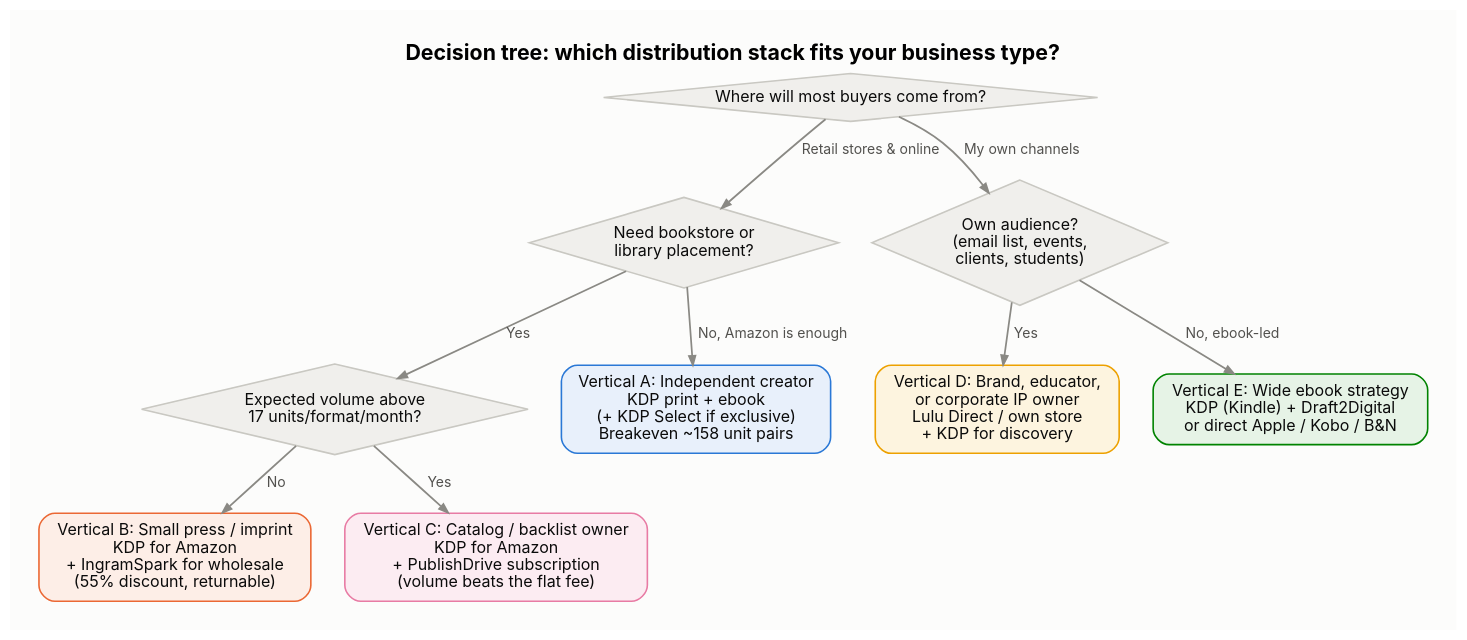
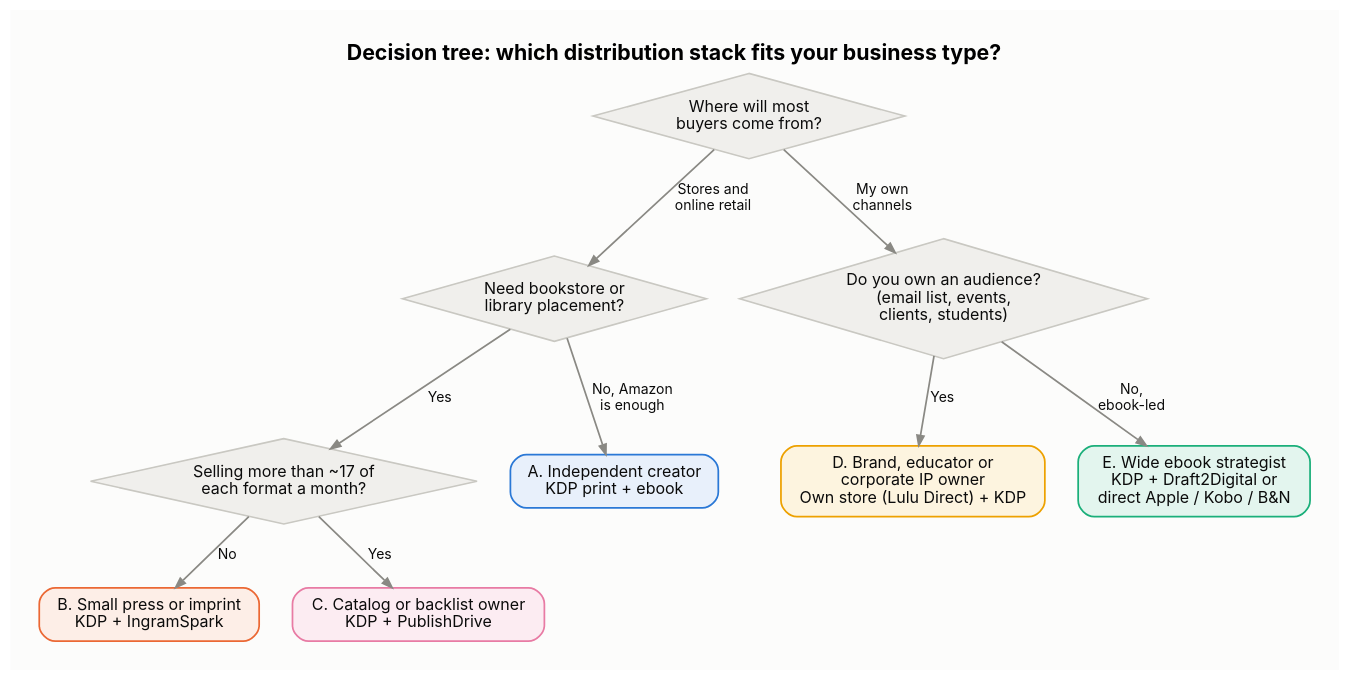
One commit to ShamarRobinson/ip-distribution-decision-verticals changed the diagram in diagrams/d2_vertical_decision_tree.dot. Above: the diagram before and after it, drawn with Graphviz. The commit also changed 125 other files, not shown here.

First line of the commit message:
Plain-language chart notes, condensed slide pages, concepts intro, stakeholder decision walkthroughs, clickable named sources in Tableau

```diff
--- a/diagrams/d2_vertical_decision_tree.dot
+++ b/diagrams/d2_vertical_decision_tree.dot
@@ -1,23 +1,37 @@
-digraph G { rankdir=TB;   bgcolor="#fcfcfb"; pad=0.3; nodesep=0.35; ranksep=0.45;
-  node [shape=box, style="rounded,filled", fontname="Inter", fontsize=12, color="#c9c8c2", fillcolor="#ffffff", fontcolor="#0b0b0b", penwidth=1.2, margin="0.18,0.10"];
-  edge [fontname="Inter", fontsize=10.5, color="#8a8984", fontcolor="#52514e", penwidth=1.3, arrowsize=0.7];
-
-  labelloc=t; label=<<b>Decision tree: which distribution stack fits your business type?</b>>; fontname="Inter"; fontsize=16;
-  q1 [label="Where will most buyers come from?", shape=diamond, style="filled", fillcolor="#f0efec", margin="0.05,0.05"];
-  q2 [label="Need bookstore or\nlibrary placement?", shape=diamond, style="filled", fillcolor="#f0efec", margin="0.05,0.05"];
-  q3 [label="Expected volume above\n17 units/format/month?", shape=diamond, style="filled", fillcolor="#f0efec", margin="0.05,0.05"];
-  q4 [label="Own audience?\n(email list, events,\nclients, students)", shape=diamond, style="filled", fillcolor="#f0efec", margin="0.05,0.05"];
-  v1 [label="Vertical A: Independent creator\nKDP print + ebook\n(+ KDP Select if exclusive)\nBreakeven ~158 unit pairs", fillcolor="#e8f0fb", color="#2a78d6"];
-  v2 [label="Vertical B: Small press / imprint\nKDP for Amazon\n+ IngramSpark for wholesale\n(55% discount, returnable)", fillcolor="#fdeee7", color="#eb6834"];
-  v3 [label="Vertical C: Catalog / backlist owner\nKDP for Amazon\n+ PublishDrive subscription\n(volume beats the flat fee)", fillcolor="#fcecf2", color="#e87ba4"];
-  v4 [label="Vertical D: Brand, educator,\nor corporate IP owner\nLulu Direct / own store\n+ KDP for discovery", fillcolor="#fdf4df", color="#eda100"];
-  v5 [label="Vertical E: Wide ebook strategy\nKDP (Kindle) + Draft2Digital\nor direct Apple / Kobo / B&N", fillcolor="#e6f3e6", color="#008300"];
-  q1 -> q2 [label="  Retail stores & online"];
-  q1 -> q4 [label="  My own channels"];
-  q2 -> v1 [label="  No, Amazon is enough"];
-  q2 -> q3 [label="  Yes"];
-  q3 -> v2 [label="  No"];
-  q3 -> v3 [label="  Yes"];
-  q4 -> v4 [label="  Yes"];
-  q4 -> v5 [label="  No, ebook-led"];
+digraph G { rankdir=TB; bgcolor="#fcfcfb"; pad=0.3; nodesep=0.35; ranksep=0.5;
+labelloc=t; label=<<b>Decision tree: which distribution stack fits your business type?</b>>; fontname="Inter"; fontsize=16;
+node [fontname="Inter", fontsize=12, penwidth=1.3]; edge [fontname="Inter", fontsize=10.5, arrowsize=0.75];
+q1 [label="Where will most
+buyers come from?", shape=diamond, style=filled, fillcolor="#f0efec", color="#c9c8c2", fontcolor="#0b0b0b", margin="0.04,0.04", penwidth=1.2];
+q2 [label="Need bookstore or
+library placement?", shape=diamond, style=filled, fillcolor="#f0efec", color="#c9c8c2", fontcolor="#0b0b0b", margin="0.04,0.04", penwidth=1.2];
+q3 [label="Selling more than ~17 of
+each format a month?", shape=diamond, style=filled, fillcolor="#f0efec", color="#c9c8c2", fontcolor="#0b0b0b", margin="0.04,0.04", penwidth=1.2];
+q4 [label="Do you own an audience?
+(email list, events,
+clients, students)", shape=diamond, style=filled, fillcolor="#f0efec", color="#c9c8c2", fontcolor="#0b0b0b", margin="0.04,0.04", penwidth=1.2];
+A [label="A. Independent creator
+KDP print + ebook", shape=box, style="rounded,filled", fillcolor="#e8f0fb", color="#2a78d6", fontcolor="#0b0b0b", margin="0.18,0.1", penwidth=1.3];
+B [label="B. Small press or imprint
+KDP + IngramSpark", shape=box, style="rounded,filled", fillcolor="#fdeee7", color="#eb6834", fontcolor="#0b0b0b", margin="0.18,0.1", penwidth=1.3];
+C [label="C. Catalog or backlist owner
+KDP + PublishDrive", shape=box, style="rounded,filled", fillcolor="#fcecf2", color="#e87ba4", fontcolor="#0b0b0b", margin="0.18,0.1", penwidth=1.3];
+D [label="D. Brand, educator or
+corporate IP owner
+Own store (Lulu Direct) + KDP", shape=box, style="rounded,filled", fillcolor="#fdf4df", color="#eda100", fontcolor="#0b0b0b", margin="0.18,0.1", penwidth=1.3];
+E [label="E. Wide ebook strategist
+KDP + Draft2Digital or
+direct Apple / Kobo / B&N", shape=box, style="rounded,filled", fillcolor="#e3f5ee", color="#1baf7a", fontcolor="#0b0b0b", margin="0.18,0.1", penwidth=1.3];
+q1 -> q2 [label="Stores and
+online retail", color="#8a8984", fontcolor="#0b0b0b", penwidth=1.3];
+q1 -> q4 [label="My own
+channels", color="#8a8984", fontcolor="#0b0b0b", penwidth=1.3];
+q2 -> A [label="No, Amazon
+is enough", color="#8a8984", fontcolor="#0b0b0b", penwidth=1.3];
+q2 -> q3 [label="Yes", color="#8a8984", fontcolor="#0b0b0b", penwidth=1.3];
+q3 -> B [label="No", color="#8a8984", fontcolor="#0b0b0b", penwidth=1.3];
+q3 -> C [label="Yes", color="#8a8984", fontcolor="#0b0b0b", penwidth=1.3];
+q4 -> D [label="Yes", color="#8a8984", fontcolor="#0b0b0b", penwidth=1.3];
+q4 -> E [label="No,
+ebook-led", color="#8a8984", fontcolor="#0b0b0b", penwidth=1.3];
 }
```
